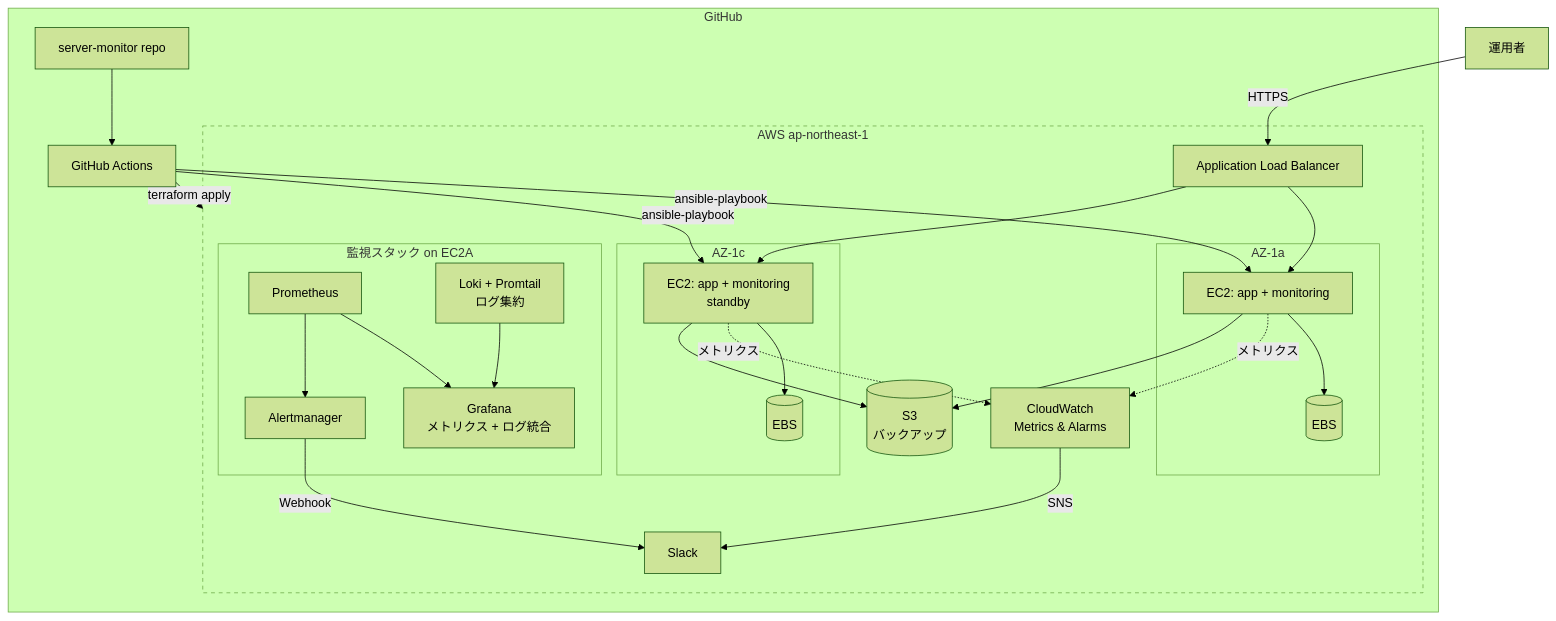
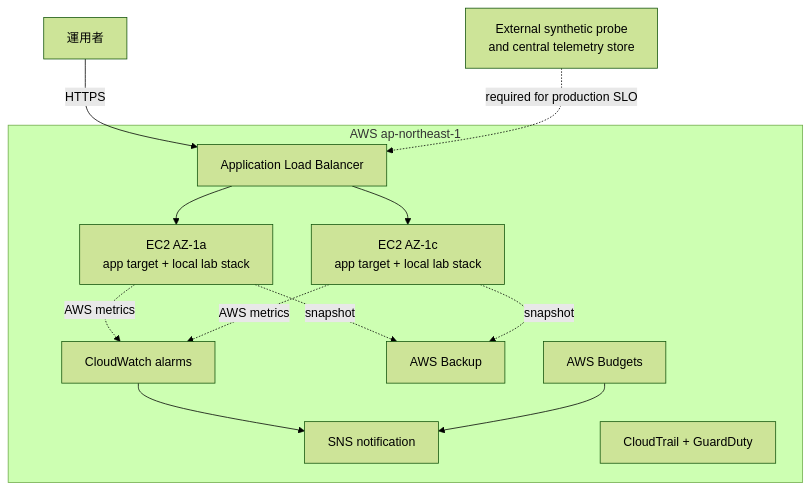
One commit to ns7jp/ns7jp changed the second of 2 diagrams in docs/architecture-diagram.md. Above: the diagram before and after it, drawn with Mermaid (forest theme). The commit also changed other lines of this file and 9 other files, not shown here.

Commit message:
Sync portfolio with server-monitor implementation status

````diff
--- a/docs/architecture-diagram.md
+++ b/docs/architecture-diagram.md
@@ -44,54 +38,18 @@
 ```mermaid
 flowchart TB
-    User[運用者] -->|HTTPS| ALB
+    User[運用者] -->|HTTPS| ALB[Application Load Balancer]
 
     subgraph AWS[AWS ap-northeast-1]
-        ALB[Application Load Balancer]
-        ALB --> EC2A
-        ALB --> EC2B
-
-        subgraph AZ1[AZ-1a]
-            EC2A[EC2: app + monitoring]
-            EBS_A[(EBS)]
-            EC2A --> EBS_A
-        end
-
-        subgraph AZ2[AZ-1c]
-            EC2B[EC2: app + monitoring<br/>standby]
-            EBS_B[(EBS)]
-            EC2B --> EBS_B
-        end
-
-        EC2A -.メトリクス.-> CW
-        EC2B -.メトリクス.-> CW
-        CW[CloudWatch<br/>Metrics & Alarms]
-
-        EC2A --> S3[(S3<br/>バックアップ)]
-        EC2B --> S3
-
-        subgraph Monitoring[監視スタック on EC2A]
-            Prom2[Prometheus]
-            Loki[Loki + Promtail<br/>ログ集約]
-            Grafana2[Grafana<br/>メトリクス + ログ統合]
-            Alert2[Alertmanager]
-
-            Prom2 --> Grafana2
-            Loki --> Grafana2
-            Prom2 --> Alert2
-        end
-
-        Alert2 -->|Webhook| Slack2[Slack]
-        CW -->|SNS| Slack2
+        ALB --> A[EC2 AZ-1a<br/>app target + local lab stack]
+        ALB --> C[EC2 AZ-1c<br/>app target + local lab stack]
+        A -.AWS metrics.-> CW[CloudWatch alarms]
+        C -.AWS metrics.-> CW
+        CW --> SNS[SNS notification]
+        A -.snapshot.-> Backup[AWS Backup]
+        C -.snapshot.-> Backup
+        Trail[CloudTrail + GuardDuty]
+        Budget[AWS Budgets] --> SNS
     end
 
-    subgraph CICD[GitHub]
-        Repo[server-monitor repo]
-        Actions[GitHub Actions]
-        Repo --> Actions
-        Actions -->|terraform apply| AWS
-        Actions -->|ansible-playbook| EC2A
-        Actions -->|ansible-playbook| EC2B
-    end
-
-    style AWS stroke-dasharray: 5 5
+    Future[External synthetic probe<br/>and central telemetry store] -.required for production SLO.-> ALB
 ```
````
